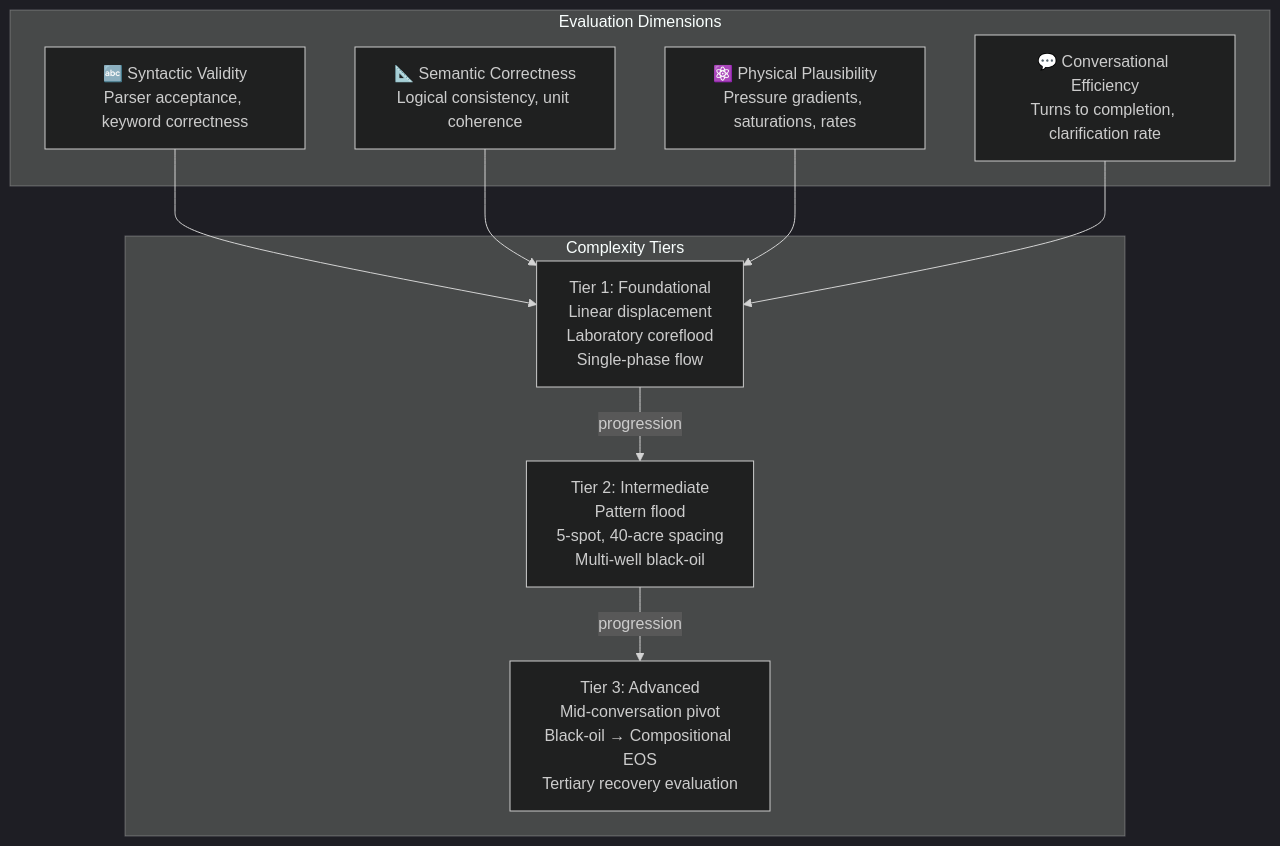
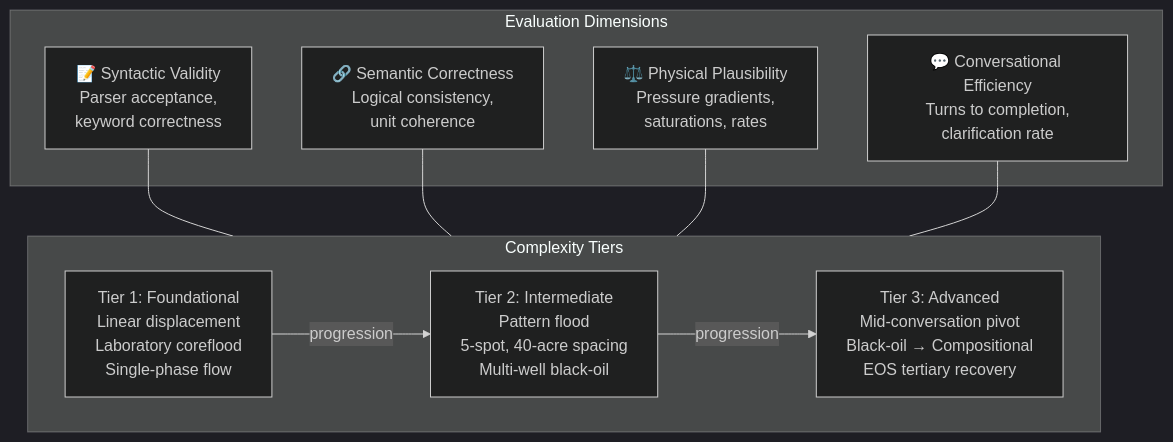
One commit to wolfram-laube/clarissa changed the fifth of 6 diagrams in conference/spe-europe-2026/merged/abstract-merged.md. Above: the diagram before and after it, drawn with Mermaid (dark theme). The commit also changed other lines of this file, not shown here.

````diff
--- a/conference/spe-europe-2026/merged/abstract-merged.md
+++ b/conference/spe-europe-2026/merged/abstract-merged.md
@@ -192,23 +262,22 @@
 ```mermaid
 flowchart TB
     subgraph DIMS["Evaluation Dimensions"]
-        D1[🔤 Syntactic Validity<br/>Parser acceptance, keyword correctness]
-        D2[📐 Semantic Correctness<br/>Logical consistency, unit coherence]
-        D3[⚛️ Physical Plausibility<br/>Pressure gradients, saturations, rates]
-        D4[💬 Conversational Efficiency<br/>Turns to completion, clarification rate]
+        D1["📝 Syntactic Validity<br/>Parser acceptance,<br/>keyword correctness"]
+        D2["🔗 Semantic Correctness<br/>Logical consistency,<br/>unit coherence"]
+        D3["⚖️ Physical Plausibility<br/>Pressure gradients,<br/>saturations, rates"]
+        D4["💬 Conversational Efficiency<br/>Turns to completion,<br/>clarification rate"]
     end
 
     subgraph TIERS["Complexity Tiers"]
-        T1[Tier 1: Foundational<br/>Linear displacement<br/>Laboratory coreflood<br/>Single-phase flow]
-        T2[Tier 2: Intermediate<br/>Pattern flood<br/>5-spot, 40-acre spacing<br/>Multi-well black-oil]
-        T3[Tier 3: Advanced<br/>Mid-conversation pivot<br/>Black-oil → Compositional EOS<br/>Tertiary recovery evaluation]
+        T1["Tier 1: Foundational<br/>Linear displacement<br/>Laboratory coreflood<br/>Single-phase flow"]
+        T2["Tier 2: Intermediate<br/>Pattern flood<br/>5-spot, 40-acre spacing<br/>Multi-well black-oil"]
+        T3["Tier 3: Advanced<br/>Mid-conversation pivot<br/>Black-oil → Compositional<br/>EOS tertiary recovery"]
     end
 
-    D1 --> T1
-    D2 --> T1
-    D3 --> T1
-    D4 --> T1
-    
+    D1 --- TIERS
+    D2 --- TIERS
+    D3 --- TIERS
+    D4 --- TIERS
     T1 -->|progression| T2
     T2 -->|progression| T3
 ```
````
